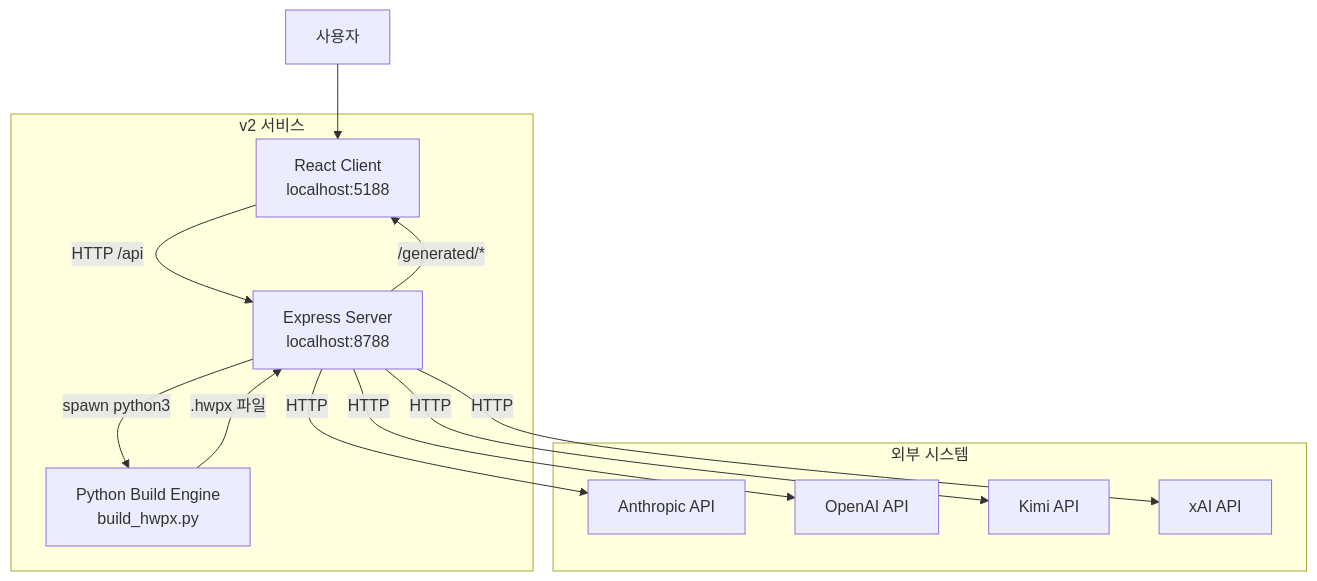
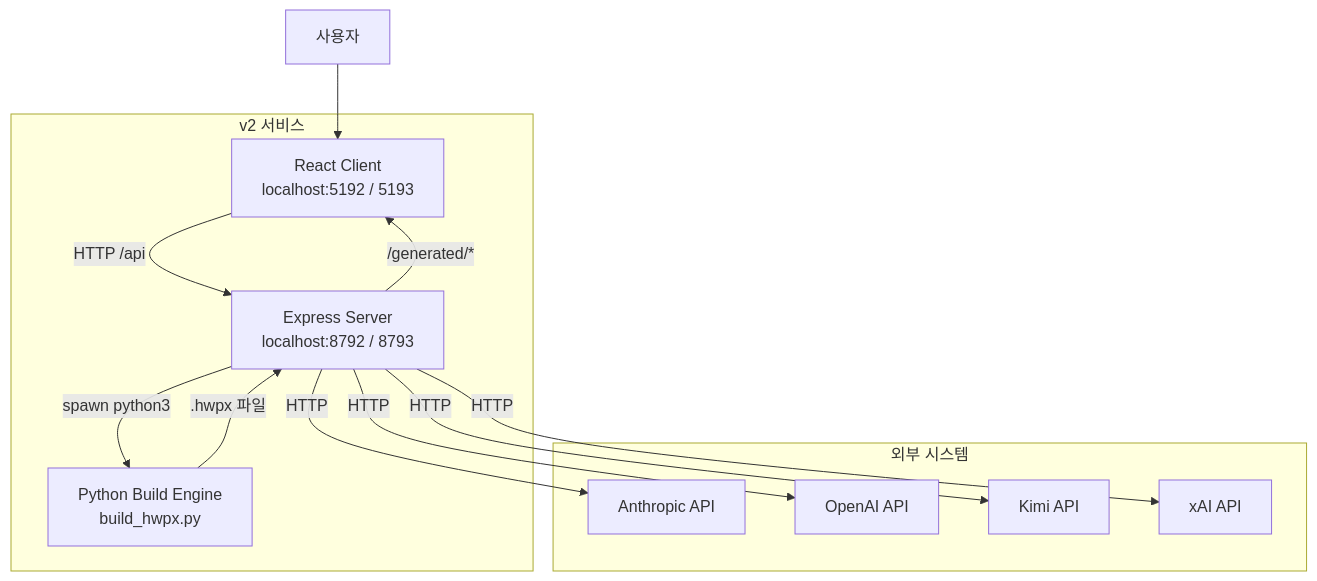
The first of 2 diagrams in v4/docs/waterfall-hwpx-demo/02-시스템설계/시스템아키텍처설계서-SAD.md (younghai/AI_hwp), drawn with Mermaid before and after one commit. The commit also changed other lines of this file and 39 other files, not shown here.

````diff
--- a/v4/docs/waterfall-hwpx-demo/02-시스템설계/시스템아키텍처설계서-SAD.md
+++ b/v4/docs/waterfall-hwpx-demo/02-시스템설계/시스템아키텍처설계서-SAD.md
@@ -92,23 +92,23 @@
 ```mermaid
 flowchart TB
     subgraph 외부 시스템
         AI1[Anthropic API]
         AI2[OpenAI API]
         AI3[Kimi API]
         AI4[xAI API]
     end
     subgraph v2 서비스
-        C[React Client<br/>localhost:5188]
-        S[Express Server<br/>localhost:8788]
+        C[React Client<br/>localhost:5192 / 5193]
+        S[Express Server<br/>localhost:8792 / 8793]
         P[Python Build Engine<br/>build_hwpx.py]
     end
     U[사용자] --> C
     C -->|HTTP /api| S
     S -->|HTTP| AI1
     S -->|HTTP| AI2
     S -->|HTTP| AI3
     S -->|HTTP| AI4
     S -->|spawn python3| P
     P -->|.hwpx 파일| S
     S -->|/generated/*| C
 ```
````
